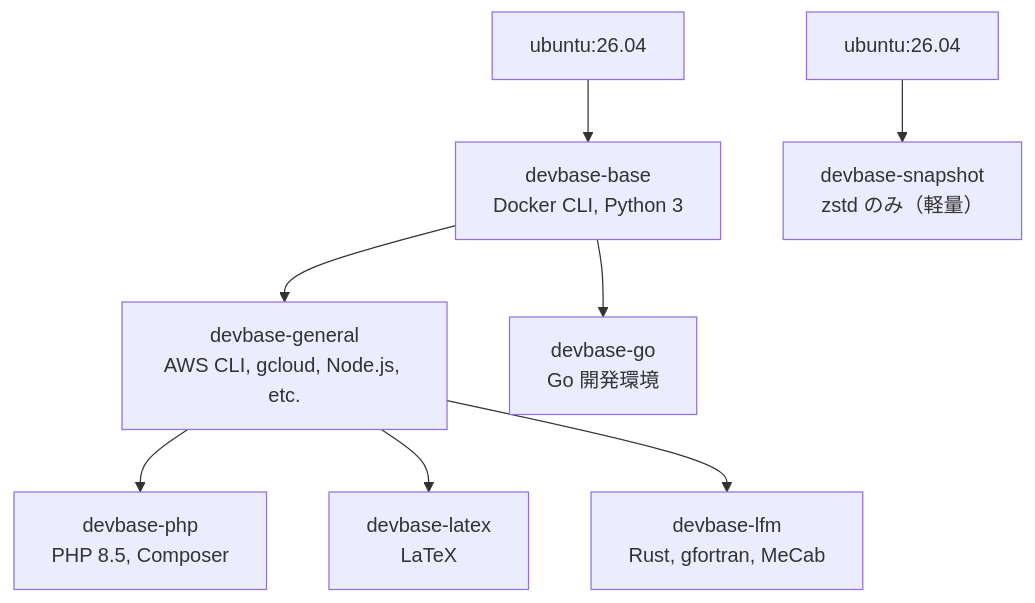
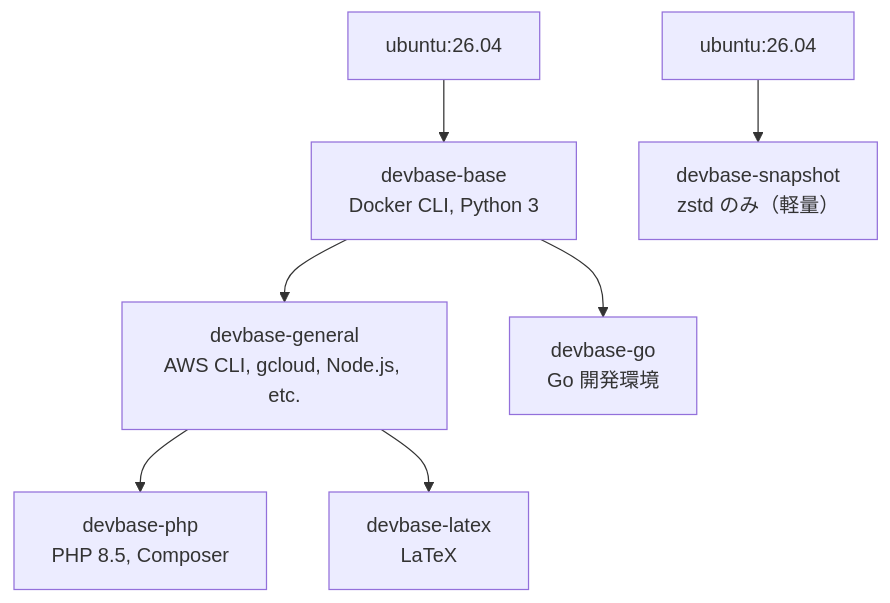
One commit to devbasex/devbase changed the second of 2 diagrams in docs/developer/extending.md. Above: the diagram before and after it, drawn with Mermaid. The commit also changed 4 other files, not shown here.

````diff
--- a/docs/developer/extending.md
+++ b/docs/developer/extending.md
@@ -242,11 +242,10 @@
 ```mermaid
 flowchart TB
     Ubuntu["ubuntu:26.04"] --> Base["devbase-base<br/>Docker CLI, Python 3"]
     Base --> General["devbase-general<br/>AWS CLI, gcloud, Node.js, etc."]
     Base --> Go["devbase-go<br/>Go 開発環境"]
     General --> PHP["devbase-php<br/>PHP 8.5, Composer"]
     General --> LaTeX["devbase-latex<br/>LaTeX"]
-    General --> LFM["devbase-lfm<br/>Rust, gfortran, MeCab"]
 
     Ubuntu2["ubuntu:26.04"] --> Snapshot["devbase-snapshot<br/>zstd のみ（軽量）"]
 ```
````
